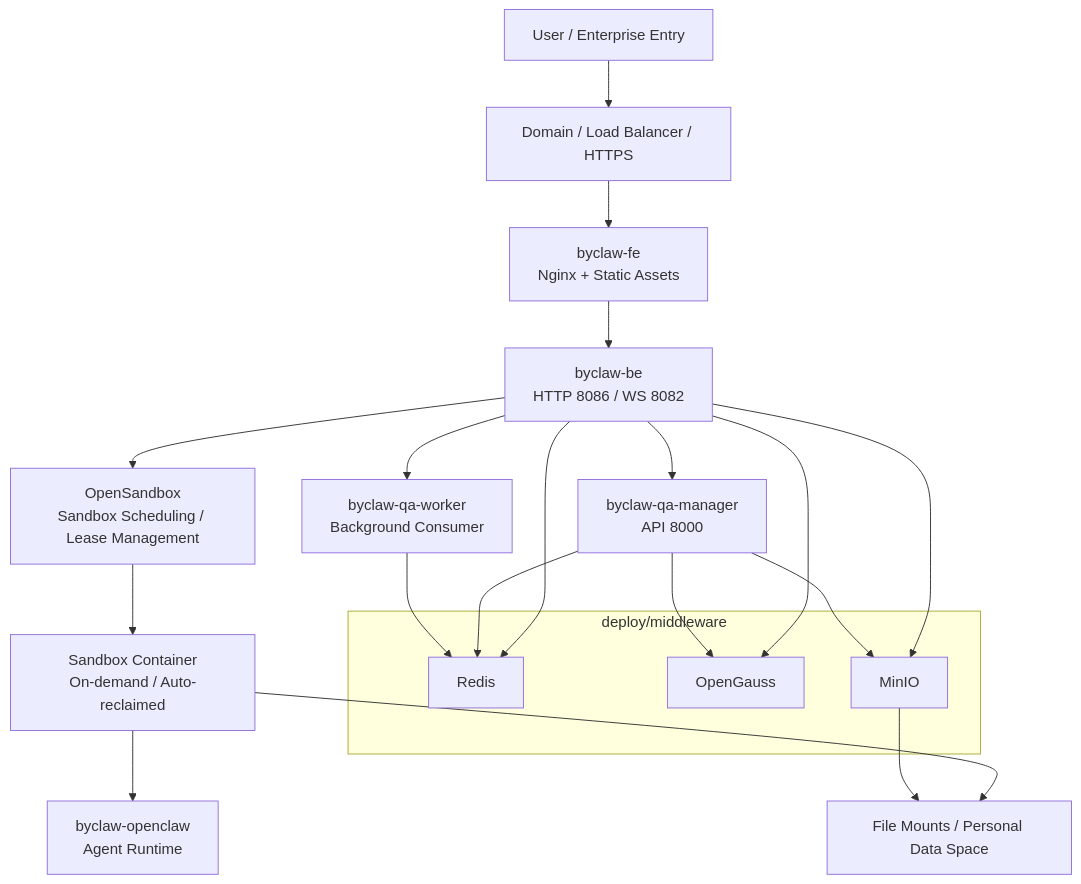
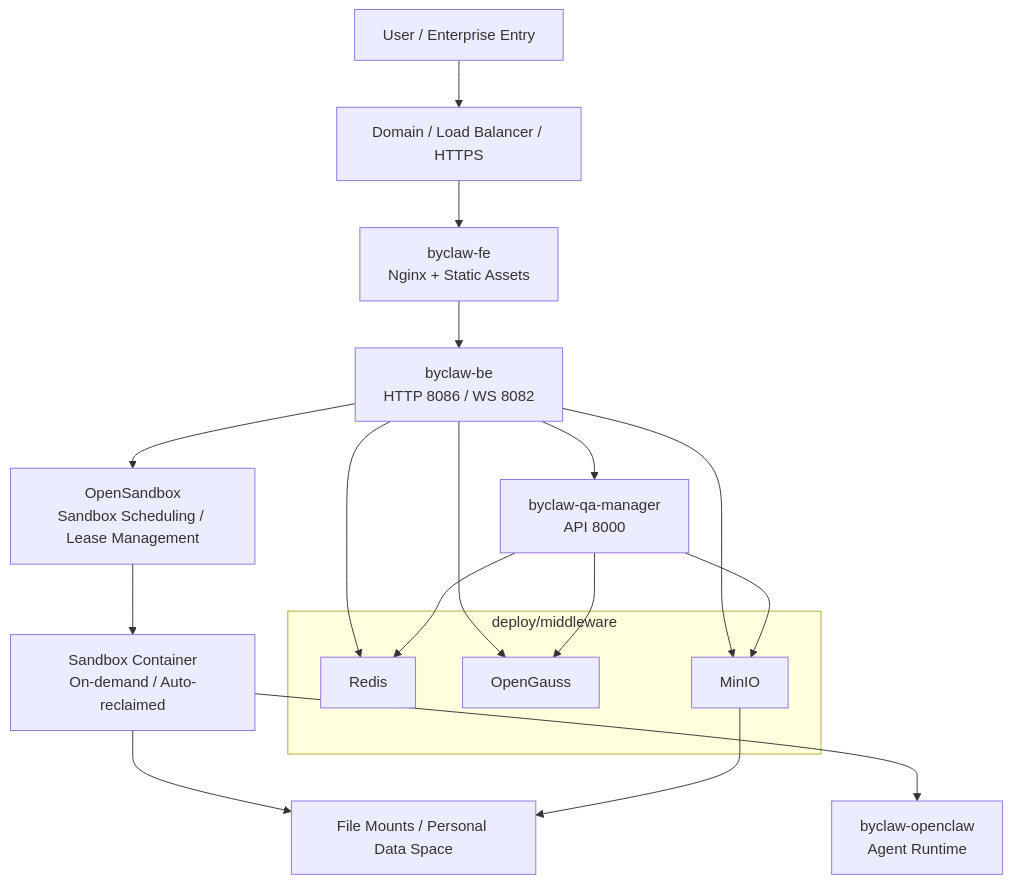
One commit to beyonai/ByClaw changed the fourth of 5 diagrams in README_EN.md. Above: the diagram before and after it, drawn with Mermaid. The commit also changed other lines of this file and 24 other files, not shown here.

````diff
--- a/README_EN.md
+++ b/README_EN.md
@@ -170,25 +170,23 @@
 ```mermaid
 flowchart TB
     user["User / Enterprise Entry"] --> lb["Domain / Load Balancer / HTTPS"]
     lb --> feC["byclaw-fe<br/>Nginx + Static Assets"]
     feC --> beC["byclaw-be<br/>HTTP 8086 / WS 8082"]
     beC --> qaApi["byclaw-qa-manager<br/>API 8000"]
-    beC --> qaWorker["byclaw-qa-worker<br/>Background Consumer"]
     beC --> sandboxC["OpenSandbox<br/>Sandbox Scheduling / Lease Management"]
     sandboxC --> sandboxContainer["Sandbox Container<br/>On-demand / Auto-reclaimed"]
     sandboxContainer --> openclawC["byclaw-openclaw<br/>Agent Runtime"]
     subgraph middleware["deploy/middleware"]
         redisC["Redis"]
         dbC["OpenGauss"]
         minioC["MinIO"]
     end
     beC --> redisC
     beC --> dbC
     beC --> minioC
     qaApi --> redisC
     qaApi --> dbC
     qaApi --> minioC
-    qaWorker --> redisC
     sandboxContainer --> mount["File Mounts / Personal Data Space"]
     minioC --> mount
 ```
````
